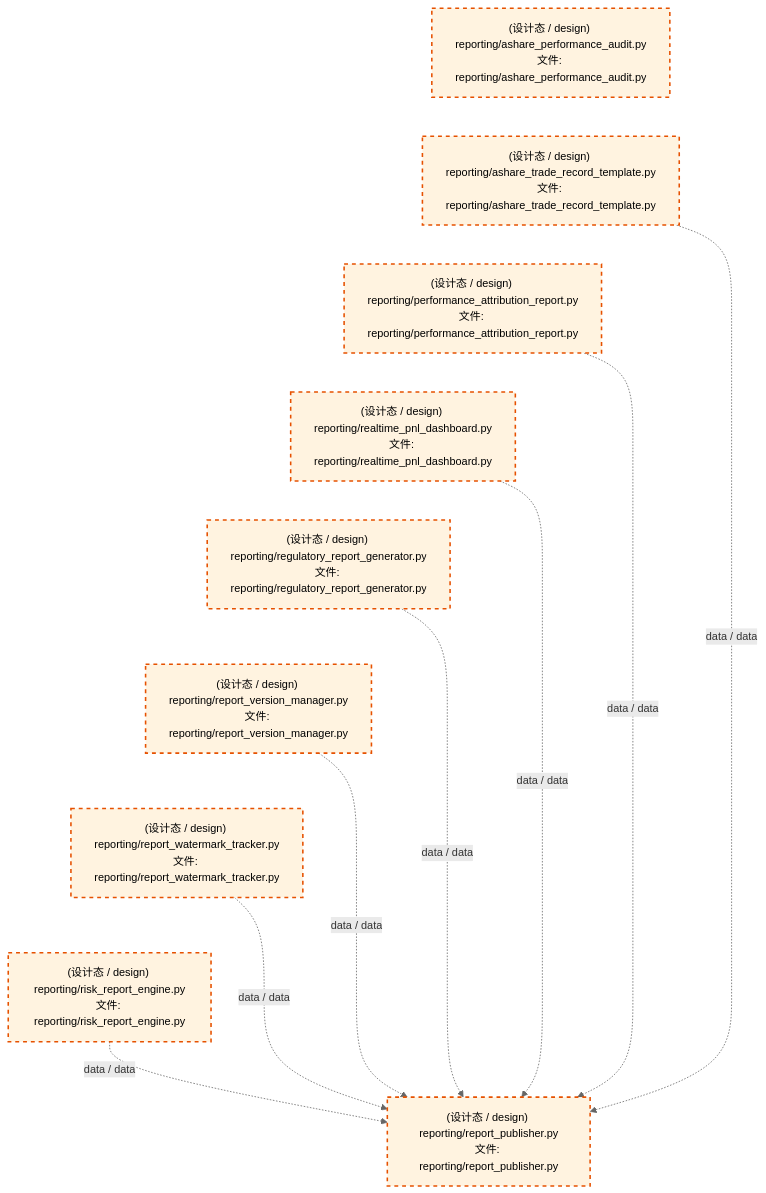
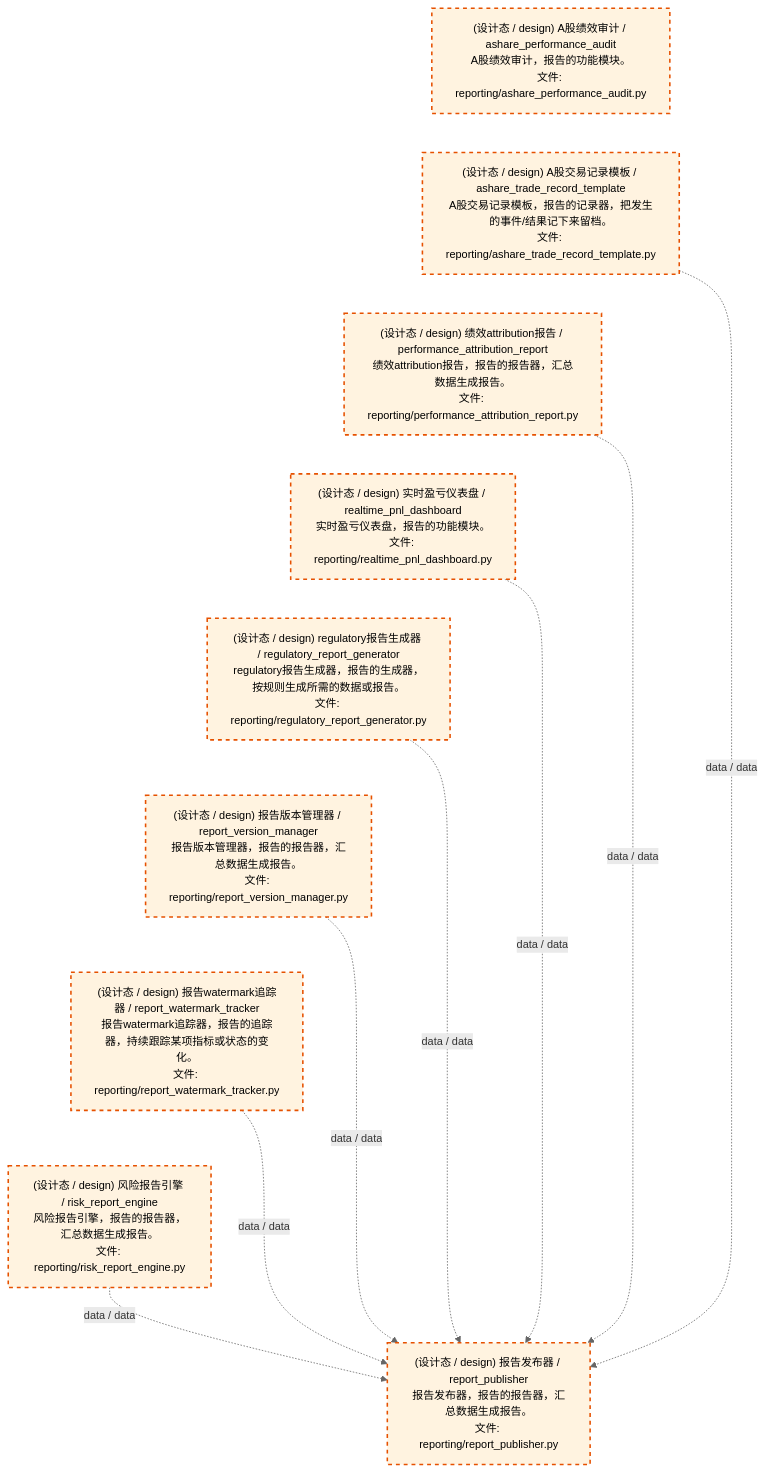
Before and after one commit to xuanFelixVan/ZephyrAlpha: the third of 4 diagrams in docs/02_enterprise_architecture/02_domain_architecture_docs/26_d_reporting.md, drawn with Mermaid. The commit also changed other lines of this file and 60 other files, not shown here.

````diff
--- a/docs/02_enterprise_architecture/02_domain_architecture_docs/26_d_reporting.md
+++ b/docs/02_enterprise_architecture/02_domain_architecture_docs/26_d_reporting.md
@@ -137,32 +137,32 @@
 ```mermaid
 %%{init: {'theme': 'base', 'themeVariables': {'primaryColor': '#eaeaea', 'primaryTextColor': '#333333', 'primaryBorderColor': '#666666', 'lineColor': '#666666', 'secondaryColor': '#eaeaea', 'tertiaryColor': '#eaeaea', 'fontSize': '14px'}}}%%
 flowchart TD
-    src_zephyr_reporting_ashare_performance_audit_py["(设计态 / design) reporting/ashare_performance_audit.py<br/>文件: reporting/ashare_performance_audit.py"]
-    src_zephyr_reporting_ashare_trade_record_template_py["(设计态 / design) reporting/ashare_trade_record_template.py<br/>文件: reporting/ashare_trade_record_template.py"]
-    src_zephyr_reporting_performance_attribution_report_py["(设计态 / design) reporting/performance_attribution_report.py<br/>文件: reporting/performance_attribution_report.py"]
-    src_zephyr_reporting_realtime_pnl_dashboard_py["(设计态 / design) reporting/realtime_pnl_dashboard.py<br/>文件: reporting/realtime_pnl_dashboard.py"]
-    src_zephyr_reporting_regulatory_report_generator_py["(设计态 / design) reporting/regulatory_report_generator.py<br/>文件: reporting/regulatory_report_generator.py"]
-    src_zephyr_reporting_report_version_manager_py["(设计态 / design) reporting/report_version_manager.py<br/>文件: reporting/report_version_manager.py"]
-    src_zephyr_reporting_report_watermark_tracker_py["(设计态 / design) reporting/report_watermark_tracker.py<br/>文件: reporting/report_watermark_tracker.py"]
-    src_zephyr_reporting_risk_report_engine_py["(设计态 / design) reporting/risk_report_engine.py<br/>文件: reporting/risk_report_engine.py"]
+    src_zephyr_reporting_ashare_performance_audit_py["(设计态 / design) A股绩效审计 / ashare_performance_audit<br/>A股绩效审计，报告的功能模块。<br/>文件: reporting/ashare_performance_audit.py"]
+    src_zephyr_reporting_ashare_trade_record_template_py["(设计态 / design) A股交易记录模板 / ashare_trade_record_template<br/>A股交易记录模板，报告的记录器，把发生的事件/结果记下来留档。<br/>文件: reporting/ashare_trade_record_template.py"]
+    src_zephyr_reporting_performance_attribution_report_py["(设计态 / design) 绩效attribution报告 / performance_attribution_report<br/>绩效attribution报告，报告的报告器，汇总数据生成报告。<br/>文件: reporting/performance_attribution_report.py"]
+    src_zephyr_reporting_realtime_pnl_dashboard_py["(设计态 / design) 实时盈亏仪表盘 / realtime_pnl_dashboard<br/>实时盈亏仪表盘，报告的功能模块。<br/>文件: reporting/realtime_pnl_dashboard.py"]
+    src_zephyr_reporting_regulatory_report_generator_py["(设计态 / design) regulatory报告生成器 / regulatory_report_generator<br/>regulatory报告生成器，报告的生成器，按规则生成所需的数据或报告。<br/>文件: reporting/regulatory_report_generator.py"]
+    src_zephyr_reporting_report_version_manager_py["(设计态 / design) 报告版本管理器 / report_version_manager<br/>报告版本管理器，报告的报告器，汇总数据生成报告。<br/>文件: reporting/report_version_manager.py"]
+    src_zephyr_reporting_report_watermark_tracker_py["(设计态 / design) 报告watermark追踪器 / report_watermark_tracker<br/>报告watermark追踪器，报告的追踪器，持续跟踪某项指标或状态的变化。<br/>文件: reporting/report_watermark_tracker.py"]
+    src_zephyr_reporting_risk_report_engine_py["(设计态 / design) 风险报告引擎 / risk_report_engine<br/>风险报告引擎，报告的报告器，汇总数据生成报告。<br/>文件: reporting/risk_report_engine.py"]
     src_zephyr_reporting_ashare_performance_audit_py ~~~ src_zephyr_reporting_ashare_trade_record_template_py
     src_zephyr_reporting_ashare_trade_record_template_py ~~~ src_zephyr_reporting_performance_attribution_report_py
     src_zephyr_reporting_performance_attribution_report_py ~~~ src_zephyr_reporting_realtime_pnl_dashboard_py
     src_zephyr_reporting_realtime_pnl_dashboard_py ~~~ src_zephyr_reporting_regulatory_report_generator_py
     src_zephyr_reporting_regulatory_report_generator_py ~~~ src_zephyr_reporting_report_version_manager_py
     src_zephyr_reporting_report_version_manager_py ~~~ src_zephyr_reporting_report_watermark_tracker_py
     src_zephyr_reporting_report_watermark_tracker_py ~~~ src_zephyr_reporting_risk_report_engine_py
-    src_zephyr_reporting_report_publisher_py["(设计态 / design) reporting/report_publisher.py<br/>文件: reporting/report_publisher.py"]
+    src_zephyr_reporting_report_publisher_py["(设计态 / design) 报告发布器 / report_publisher<br/>报告发布器，报告的报告器，汇总数据生成报告。<br/>文件: reporting/report_publisher.py"]
     src_zephyr_reporting_ashare_trade_record_template_py -.->|data / data| src_zephyr_reporting_report_publisher_py
     src_zephyr_reporting_realtime_pnl_dashboard_py -.->|data / data| src_zephyr_reporting_report_publisher_py
     src_zephyr_reporting_regulatory_report_generator_py -.->|data / data| src_zephyr_reporting_report_publisher_py
     src_zephyr_reporting_risk_report_engine_py -.->|data / data| src_zephyr_reporting_report_publisher_py
     src_zephyr_reporting_report_version_manager_py -.->|data / data| src_zephyr_reporting_report_publisher_py
     src_zephyr_reporting_performance_attribution_report_py -.->|data / data| src_zephyr_reporting_report_publisher_py
     src_zephyr_reporting_report_watermark_tracker_py -.->|data / data| src_zephyr_reporting_report_publisher_py
     classDef production fill:#e1f5fe,stroke:#01579b,stroke-width:2px,color:#000
     classDef design fill:#fff3e0,stroke:#e65100,stroke-width:2px,color:#000,stroke-dasharray: 5 5
     classDef external_prod fill:#e8f4fd,stroke:#0277bd,stroke-width:1px,color:#000
     classDef external_design fill:#fff8e7,stroke:#ef6c00,stroke-width:1px,color:#000,stroke-dasharray: 5 5
     class src_zephyr_reporting_ashare_performance_audit_py,src_zephyr_reporting_ashare_trade_record_template_py,src_zephyr_reporting_performance_attribution_report_py,src_zephyr_reporting_realtime_pnl_dashboard_py,src_zephyr_reporting_regulatory_report_generator_py,src_zephyr_reporting_report_publisher_py,src_zephyr_reporting_report_version_manager_py,src_zephyr_reporting_report_watermark_tracker_py,src_zephyr_reporting_risk_report_engine_py design
 ```
````
